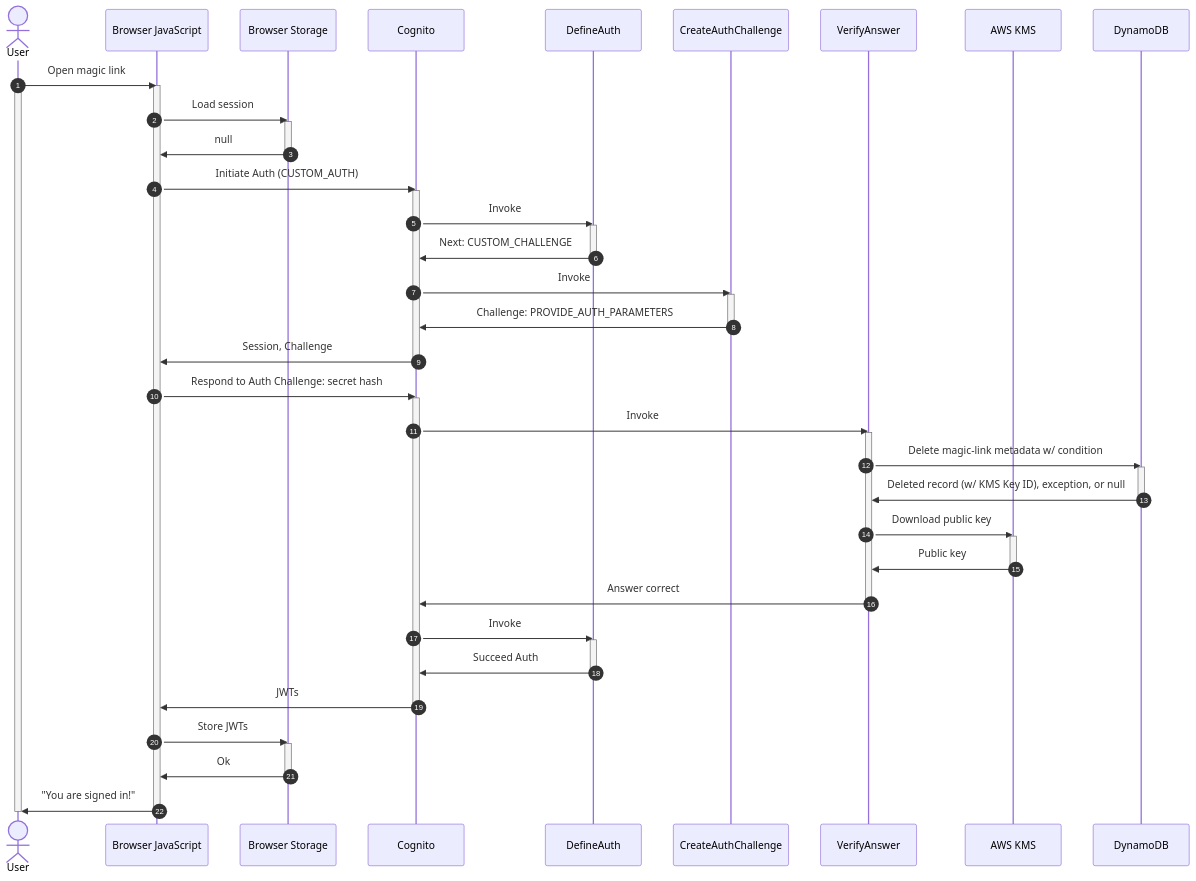
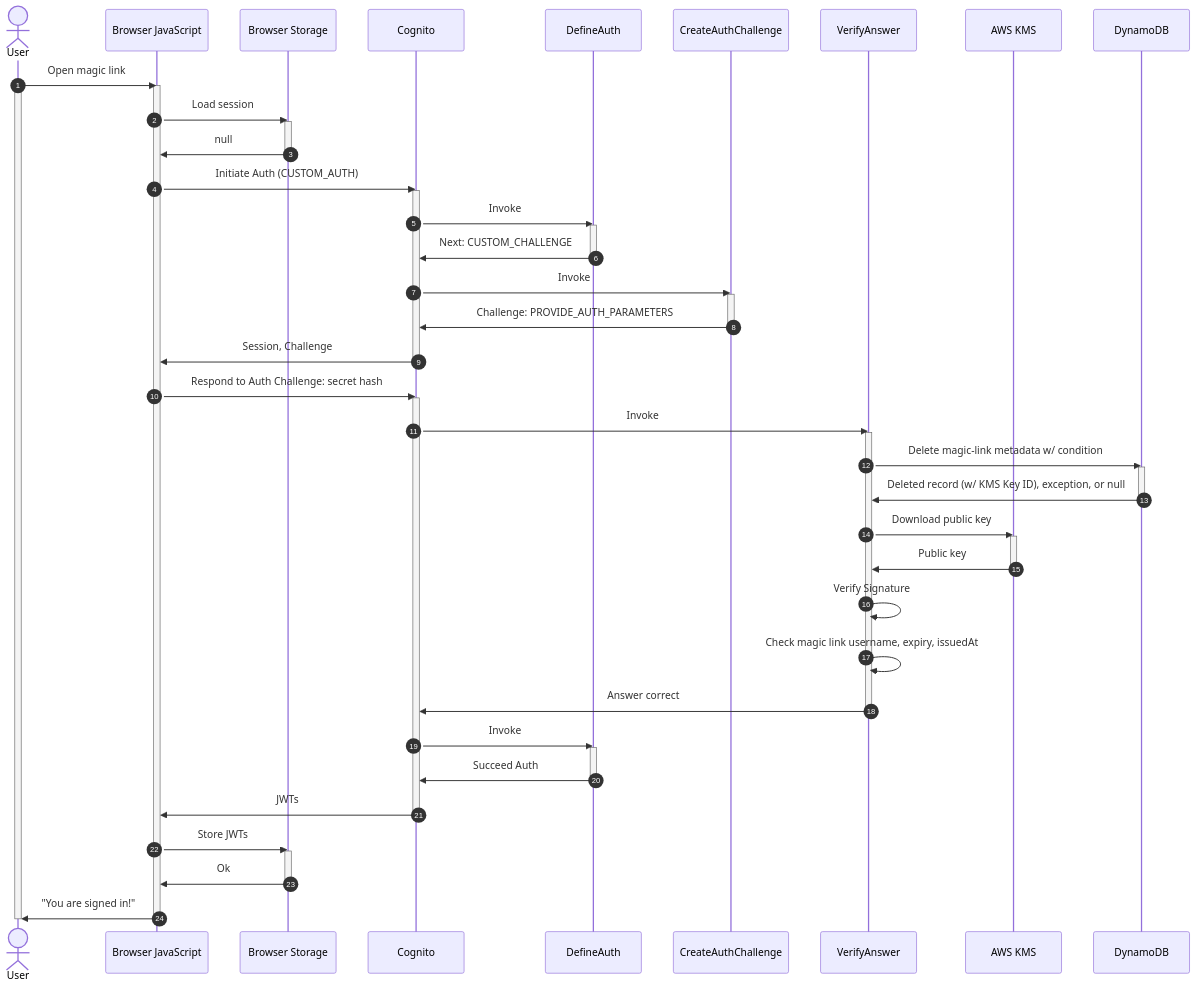
One commit to aws-samples/amazon-cognito-passwordless-auth changed the third of 3 diagrams in MAGIC-LINKS.md. Above: the diagram before and after it, drawn with Mermaid.

Commit message:
chore: add detail to sequence diagram (#52)

````diff
--- a/MAGIC-LINKS.md
+++ b/MAGIC-LINKS.md
@@ -145,59 +145,61 @@
 ```mermaid
 sequenceDiagram
     autonumber
     actor User
     participant BJS as Browser JavaScript
     participant BLS as Browser Storage
     participant C as Cognito
     participant DA as DefineAuth
     participant CA as CreateAuthChallenge
     participant VA as VerifyAnswer
     participant KMS as AWS KMS
     participant DDB as DynamoDB
     User->>BJS: Open magic link
     activate BJS
     activate User
     BJS->>BLS: Load session
     Activate BLS
     BLS->>BJS: null
     Deactivate BLS
     BJS->>C: Initiate Auth (CUSTOM_AUTH)
     Activate C
     C->>DA: Invoke
     Activate DA
     DA->>C: Next: CUSTOM_CHALLENGE
     Deactivate DA
     C->>CA: Invoke
     Activate CA
     CA->>C: Challenge: PROVIDE_AUTH_PARAMETERS
     Deactivate CA
     C->>BJS: Session, Challenge
     Deactivate C
     BJS->>C: Respond to Auth Challenge: secret hash
     Activate C
     C->>VA: Invoke
     Activate VA
     VA->>DDB: Delete magic-link metadata w/ condition
     Activate DDB
     DDB->>VA: Deleted record (w/ KMS Key ID), exception, or null
     Deactivate DDB
     VA->>KMS: Download public key
     Activate KMS
     KMS->>VA: Public key
     Deactivate KMS
+    VA->>VA: Verify Signature
+    VA->>VA: Check magic link username, expiry, issuedAt
     VA->>C: Answer correct
     Deactivate VA
     C->>DA: Invoke
     Activate DA
     DA->>C: Succeed Auth
     Deactivate DA
     C->>BJS: JWTs
     Deactivate C
     BJS->>BLS: Store JWTs
     Activate BLS
     BLS->>BJS: Ok
     Deactivate BLS
     BJS->>User: "You are signed in!"
     Deactivate User
     Deactivate BJS
 ```
````
